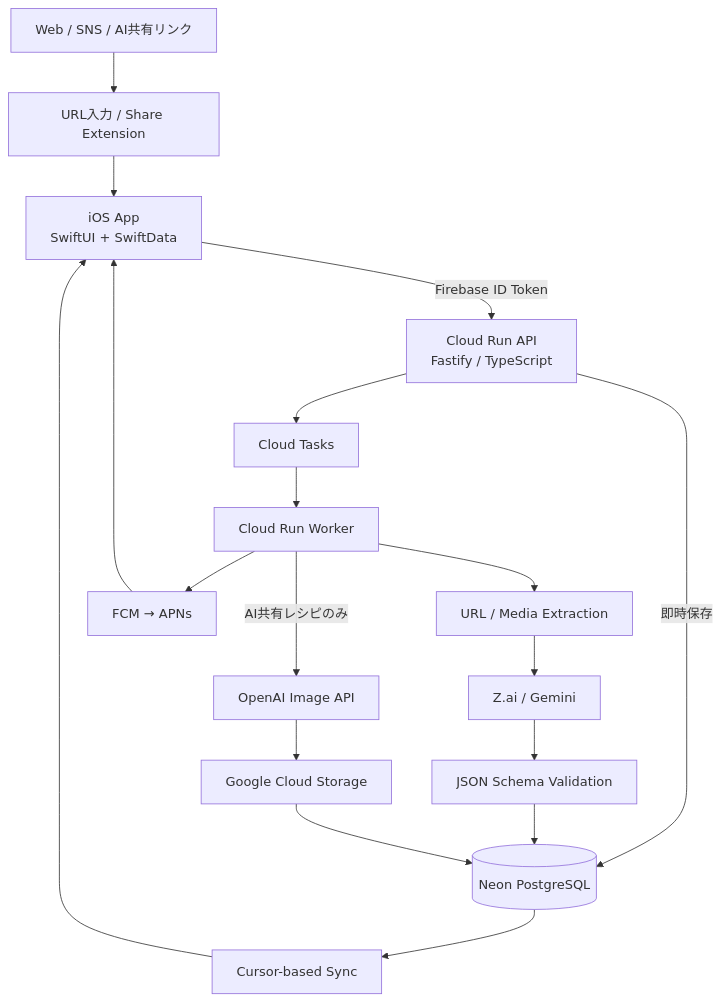
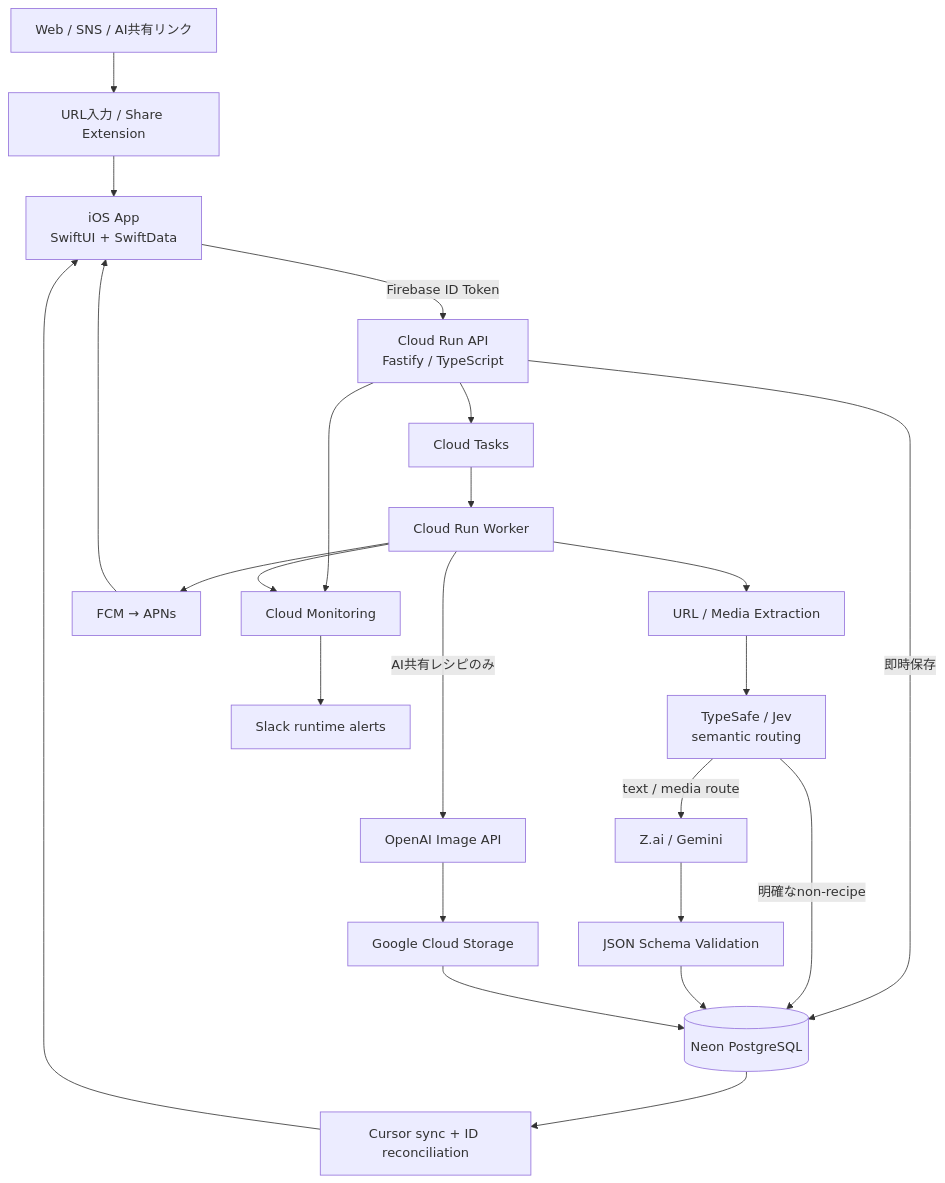
Before and after one commit to Kay-pht/foodfolio: the diagram in README.md, drawn with Mermaid. The commit also changed other lines of this file, not shown here.

Commit message:
docs: sync README with current implementation

````diff
--- a/README.md
+++ b/README.md
@@ -76,24 +77,30 @@
 ```mermaid
 flowchart TD
     Source["Web / SNS / AI共有リンク"] --> Input["URL入力 / Share Extension"]
     Input --> App["iOS App<br/>SwiftUI + SwiftData"]
     App -->|Firebase ID Token| API["Cloud Run API<br/>Fastify / TypeScript"]
 
     API -->|即時保存| DB[("Neon PostgreSQL")]
     API --> Queue["Cloud Tasks"]
     Queue --> Worker["Cloud Run Worker"]
 
     Worker --> Fetch["URL / Media Extraction"]
-    Fetch --> AI["Z.ai / Gemini"]
+    Fetch --> Jev["TypeSafe / Jev<br/>semantic routing"]
+    Jev -->|text / media route| AI["Z.ai / Gemini"]
+    Jev -->|明確なnon-recipe| DB
     AI --> Schema["JSON Schema Validation"]
     Schema --> DB
 
     Worker -->|AI共有レシピのみ| Image["OpenAI Image API"]
     Image --> GCS["Google Cloud Storage"]
     GCS --> DB
 
-    DB --> Sync["Cursor-based Sync"]
+    DB --> Sync["Cursor sync + ID reconciliation"]
     Sync --> App
     Worker --> Notify["FCM → APNs"]
     Notify --> App
+
+    API --> Monitor["Cloud Monitoring"]
+    Worker --> Monitor
+    Monitor --> Slack["Slack runtime alerts"]
 ```
````
